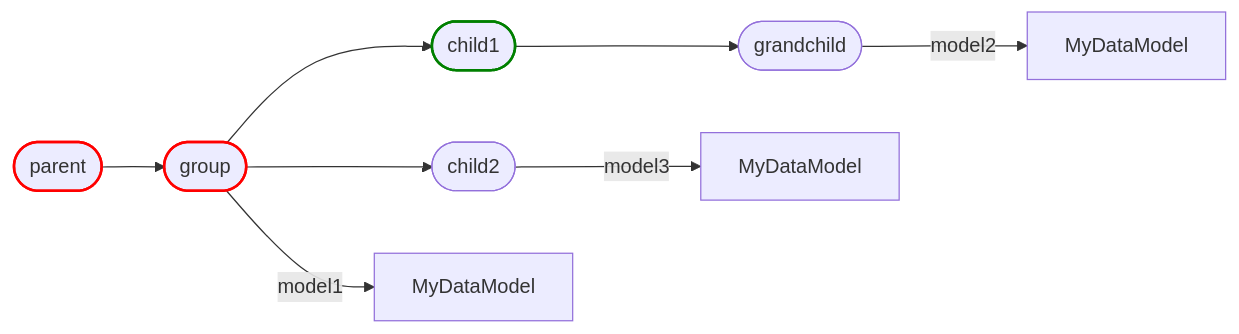
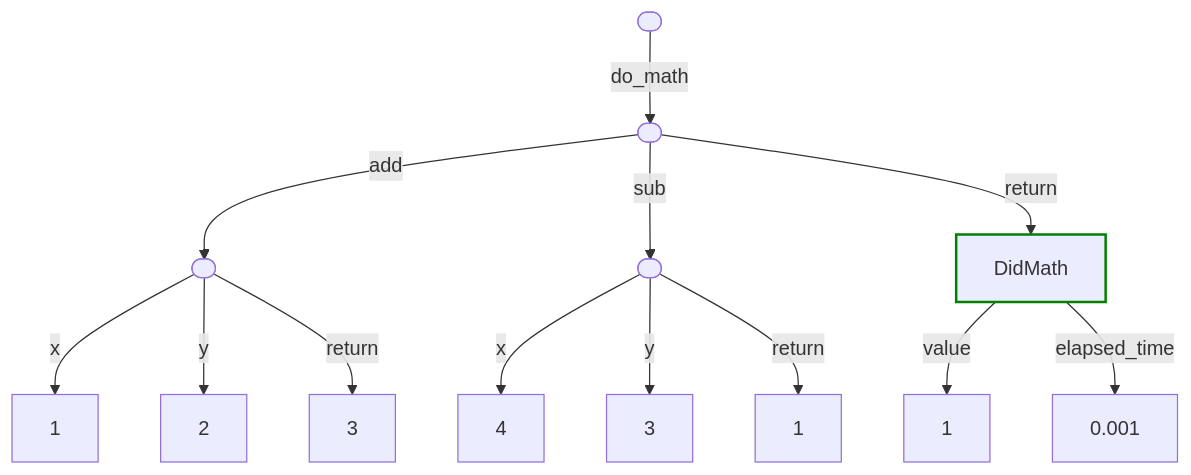
One commit to rmorshea/artigraph changed the fifth of 7 diagrams in docs/filtering.md. Above: the diagram before and after it, drawn with Mermaid. The commit also changed other lines of this file, not shown here.

````diff
--- a/docs/filtering.md
+++ b/docs/filtering.md
@@ -345,23 +274,31 @@
 ```mermaid
-graph LR
-    p([parent])
-    n([group])
-    c1([child1])
-    c2([child2])
-    g([grandchild])
-    m1[MyDataModel]
-    m2[MyDataModel]
-    m3[MyDataModel]
+graph TD
+    r([ ])
+    d([ ])
+    a([ ])
+    s([ ])
+    d_return[DidMath]
+    d_return_value[1]
+    d_return_elapsed_time[0.001]
+    a_x[1]
+    a_y[2]
+    a_return[3]
+    s_x[4]
+    s_y[3]
+    s_return[1]
 
-    style p stroke:red,stroke-width:2px
-    style n stroke:red,stroke-width:2px
-    style c1 stroke:green,stroke-width:2px
+    style d_return stroke:green,stroke-width:2px
 
-    p --> n
-    n --> |model1| m1
-    n --> c1
-    n --> c2
-    c1 --> g
-    g --> |model2| m2
-    c2 --> |model3| m3
+    r --> |do_math| d
+    d --> |add| a
+    d --> |sub| s
+    d --> |return| d_return
+    a --> |x| a_x
+    a --> |y| a_y
+    a --> |return| a_return
+    s --> |x| s_x
+    s --> |y| s_y
+    s --> |return| s_return
+    d_return --> |value| d_return_value
+    d_return --> |elapsed_time| d_return_elapsed_time
 ```
````
